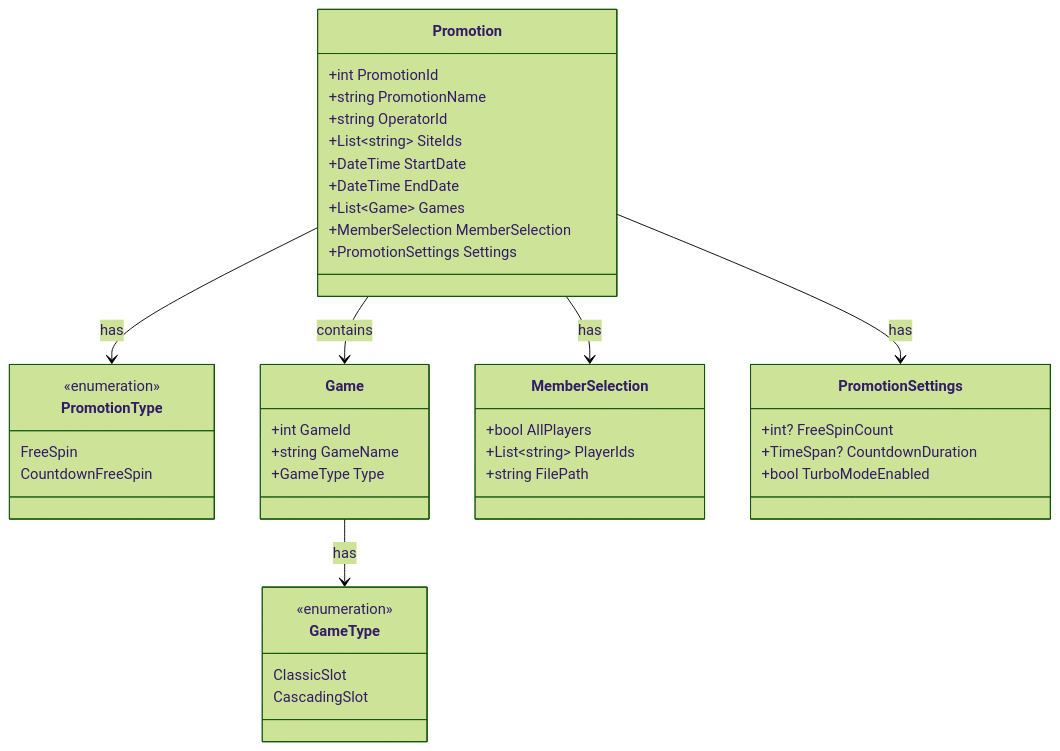
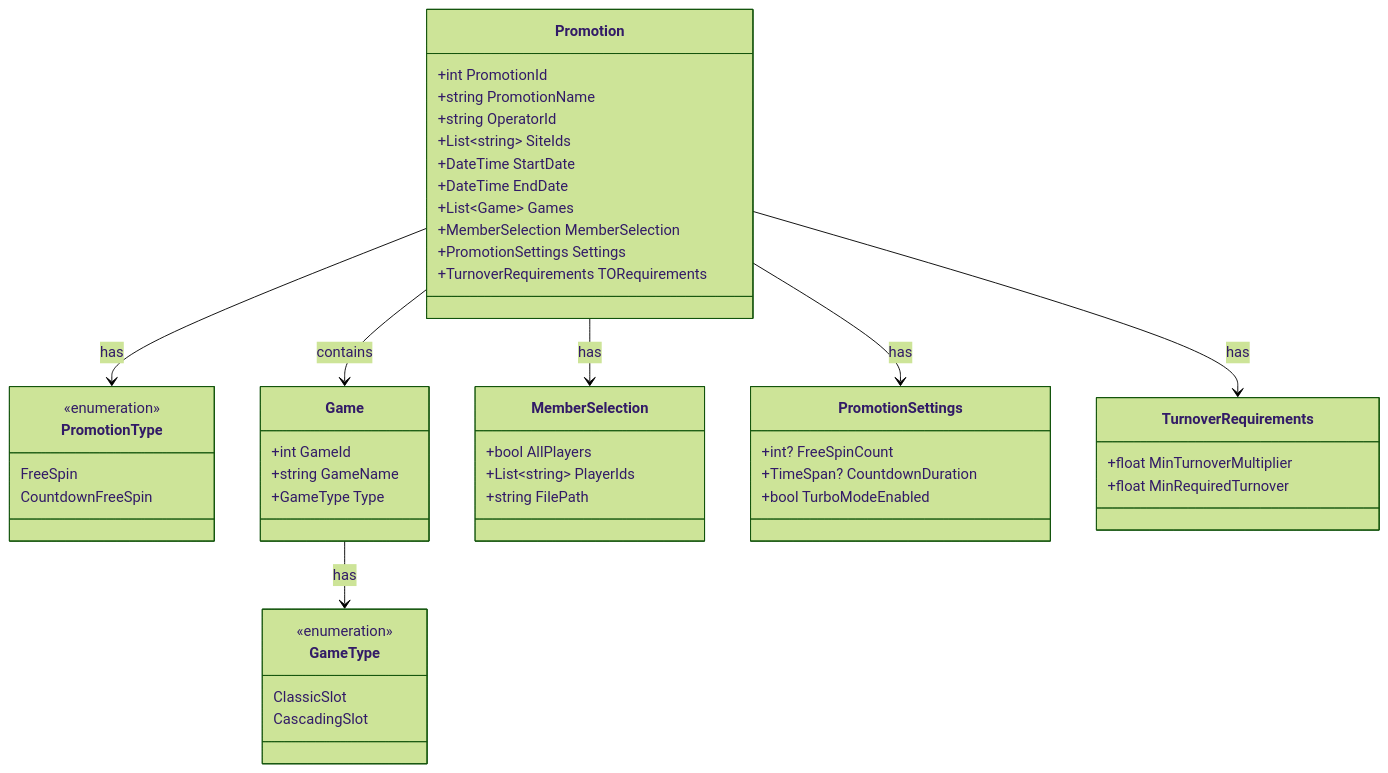
The first of 4 diagrams in diagrams/data-models/PromotionConfiguration.md (starixvn/l1_backend-services_game-promotion-api), drawn with Mermaid (forest theme) before and after one commit. The commit also changed other lines of this file and 3 other files, not shown here.

Commit message:
doc: add MinTurnoverMultiplier requirement

````diff
--- a/diagrams/data-models/PromotionConfiguration.md
+++ b/diagrams/data-models/PromotionConfiguration.md
@@ -7,50 +7,57 @@
 ```mermaid
 classDiagram
     class Promotion {
         +int PromotionId
         +string PromotionName
         +string OperatorId
         +List~string~ SiteIds
         +DateTime StartDate
         +DateTime EndDate
         +List~Game~ Games
         +MemberSelection MemberSelection
         +PromotionSettings Settings
+        +TurnoverRequirements TORequirements
     }
 
     class PromotionType {
         <<enumeration>>
         FreeSpin
         CountdownFreeSpin
     }
 
     class Game {
         +int GameId
         +string GameName
         +GameType Type
     }
 
     class GameType {
         <<enumeration>>
         ClassicSlot
         CascadingSlot
     }
 
     class MemberSelection {
         +bool AllPlayers
         +List~string~ PlayerIds
         +string FilePath
     }
 
     class PromotionSettings {
         +int? FreeSpinCount
         +TimeSpan? CountdownDuration
         +bool TurboModeEnabled
     }
 
+    class TurnoverRequirements {
+        +float MinTurnoverMultiplier
+        +float MinRequiredTurnover
+    }
+
     Promotion --> PromotionType : has
     Promotion --> Game : contains
     Promotion --> MemberSelection : has
     Promotion --> PromotionSettings : has
+    Promotion --> TurnoverRequirements : has
     Game --> GameType : has
 ```
````
